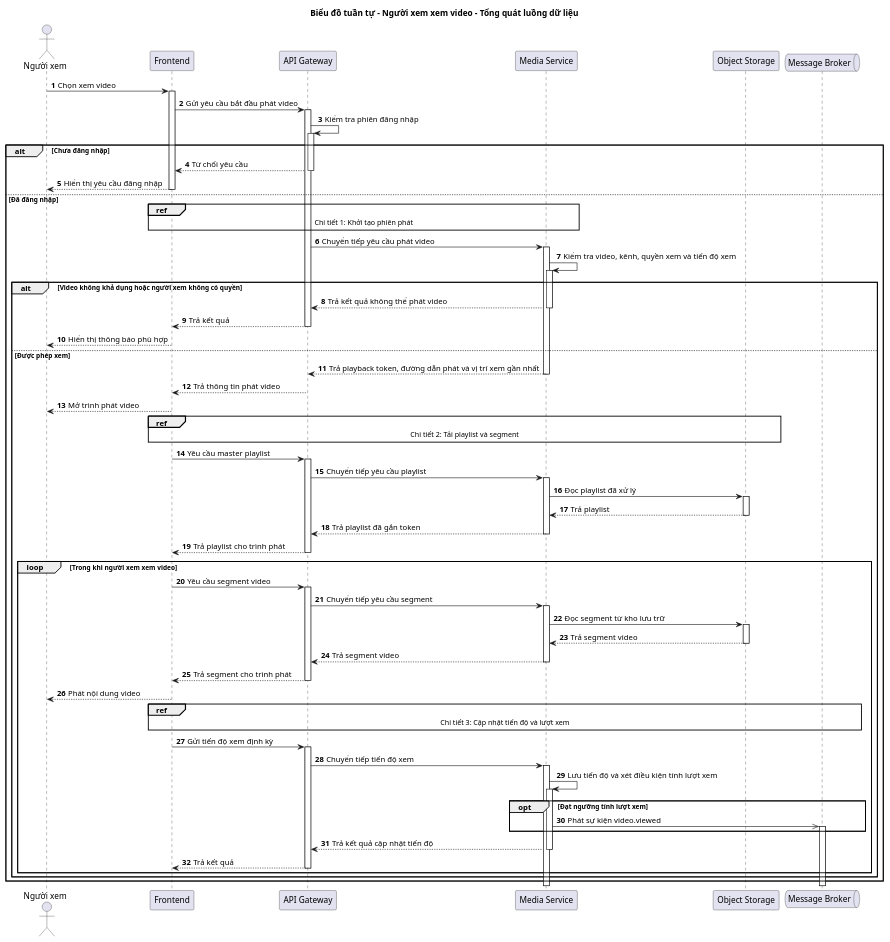
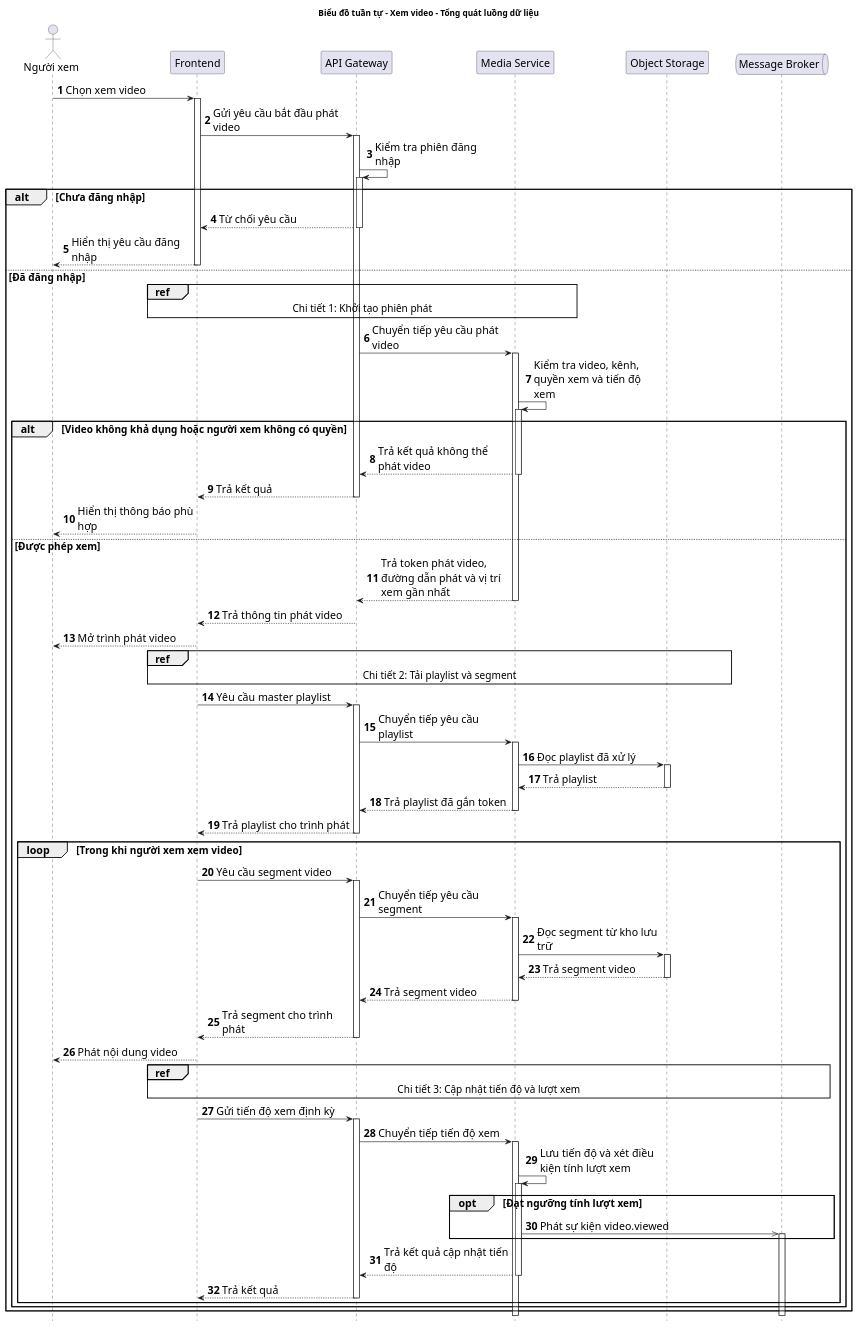
One commit to nanhph04/media-serivce-da changed the diagram in docs/sequence-diagrams/watch-video/watch-video-overview.puml. Above: the diagram before and after it, drawn with PlantUML. The commit also changed 36 other files, not shown here.

First line of the commit message:
Refactor and enhance activity and sequence diagrams for video management and admin channel locking

```diff
--- a/docs/sequence-diagrams/watch-video/watch-video-overview.puml
+++ b/docs/sequence-diagrams/watch-video/watch-video-overview.puml
@@ -1,75 +1,87 @@
 @startuml
-title Biểu đồ tuần tự - Người xem xem video - Tổng quát luồng dữ liệu
+title Biểu đồ tuần tự - Xem video - Tổng quát luồng dữ liệu
 autonumber
 autoactivate on
+hide footbox
+
+skinparam maxMessageSize 220
+skinparam ParticipantPadding 36
+skinparam defaultFontSize 18
+skinparam sequence {
+  ActorFontSize 18
+  ParticipantFontSize 18
+  MessageFontSize 17
+  GroupFontSize 17
+  ReferenceFontSize 17
+}
 
 actor "Người xem" as Viewer
 participant "Frontend" as FE
 participant "API Gateway" as GW
 participant "Media Service" as MS
 participant "Object Storage" as Storage
 queue "Message Broker" as Broker
 
 Viewer -> FE: Chọn xem video
 FE -> GW: Gửi yêu cầu bắt đầu phát video
 GW -> GW: Kiểm tra phiên đăng nhập
 
 alt Chưa đăng nhập
   GW --> FE: Từ chối yêu cầu
   FE --> Viewer: Hiển thị yêu cầu đăng nhập
 else Đã đăng nhập
   ref over FE, GW, MS
     Chi tiết 1: Khởi tạo phiên phát
   end ref
 
   GW -> MS: Chuyển tiếp yêu cầu phát video
   MS -> MS: Kiểm tra video, kênh, quyền xem và tiến độ xem
 
   alt Video không khả dụng hoặc người xem không có quyền
     MS --> GW: Trả kết quả không thể phát video
     GW --> FE: Trả kết quả
     FE --> Viewer: Hiển thị thông báo phù hợp
   else Được phép xem
-    MS --> GW: Trả playback token, đường dẫn phát và vị trí xem gần nhất
+    MS --> GW: Trả token phát video, đường dẫn phát và vị trí xem gần nhất
     GW --> FE: Trả thông tin phát video
     FE --> Viewer: Mở trình phát video
 
     ref over FE, GW, MS, Storage
       Chi tiết 2: Tải playlist và segment
     end ref
 
     FE -> GW: Yêu cầu master playlist
     GW -> MS: Chuyển tiếp yêu cầu playlist
     MS -> Storage: Đọc playlist đã xử lý
     Storage --> MS: Trả playlist
     MS --> GW: Trả playlist đã gắn token
     GW --> FE: Trả playlist cho trình phát
 
     loop Trong khi người xem xem video
       FE -> GW: Yêu cầu segment video
       GW -> MS: Chuyển tiếp yêu cầu segment
       MS -> Storage: Đọc segment từ kho lưu trữ
       Storage --> MS: Trả segment video
       MS --> GW: Trả segment video
       GW --> FE: Trả segment cho trình phát
       FE --> Viewer: Phát nội dung video
 
       ref over FE, GW, MS, Broker
         Chi tiết 3: Cập nhật tiến độ và lượt xem
       end ref
 
       FE -> GW: Gửi tiến độ xem định kỳ
       GW -> MS: Chuyển tiếp tiến độ xem
       MS -> MS: Lưu tiến độ và xét điều kiện tính lượt xem
 
       opt Đạt ngưỡng tính lượt xem
         MS ->> Broker: Phát sự kiện video.viewed
       end
 
       MS --> GW: Trả kết quả cập nhật tiến độ
       GW --> FE: Trả kết quả
     end
   end
 end
 
 @enduml
```
